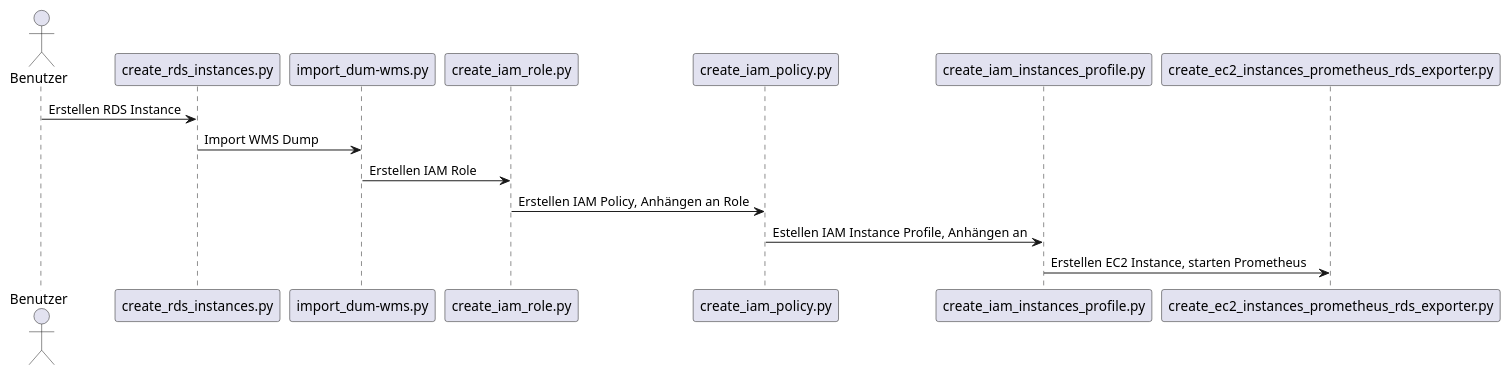
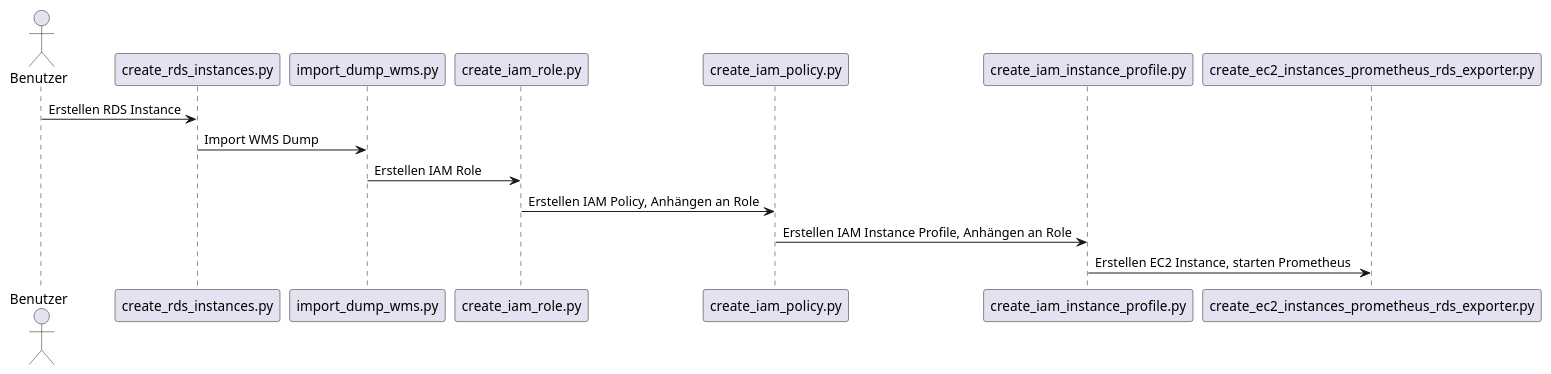
One commit to blro-ep/ITCNE23-SEM-III changed the third of 5 diagrams in Sequenzdiagramm.puml. Above: the diagram before and after it, drawn with PlantUML. The commit also changed other lines of this file, not shown here.

```diff
--- a/Sequenzdiagramm.puml
+++ b/Sequenzdiagramm.puml
@@ -25,16 +27,16 @@
 @startuml Sequenzdiagramm_Deployment
 actor Benutzer
 participant "create_rds_instances.py" as RDS
-participant "import_dum-wms.py" as WMS
+participant "import_dump_wms.py" as WMS
 participant "create_iam_role.py" as Role
 participant "create_iam_policy.py" as Policy
-participant "create_iam_instances_profile.py" as Profile
+participant "create_iam_instance_profile.py" as Profile
 participant "create_ec2_instances_prometheus_rds_exporter.py" as EC2
 
 Benutzer -> RDS: Erstellen RDS Instance
 RDS -> WMS: Import WMS Dump
 WMS -> Role: Erstellen IAM Role
-Role -> Policy:  Erstellen IAM Policy, Anhängen an Role
-Policy -> Profile: Estellen IAM Instance Profile, Anhängen an 
+Role -> Policy: Erstellen IAM Policy, Anhängen an Role
+Policy -> Profile: Erstellen IAM Instance Profile, Anhängen an Role
 Profile -> EC2: Erstellen EC2 Instance, starten Prometheus
 @enduml
```
